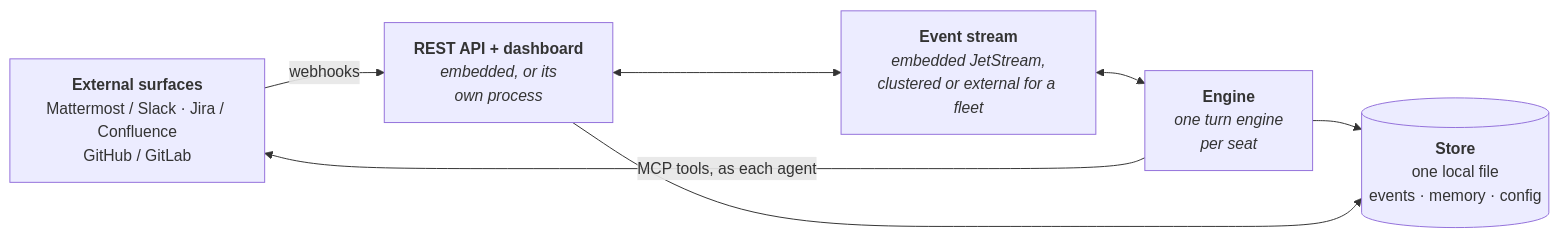
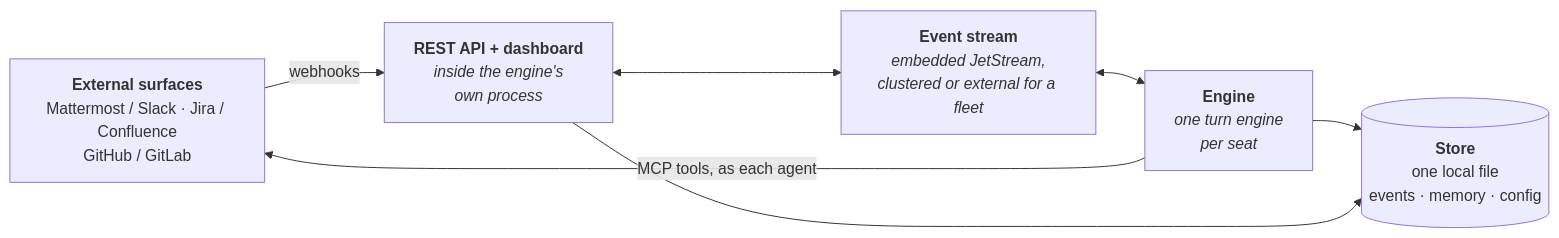
The second of 2 diagrams in README.md (crewlet/crewlet), drawn with Mermaid before and after one commit. The commit also changed 9 other files, not shown here.

````diff
--- a/README.md
+++ b/README.md
@@ -239,15 +239,15 @@
 ```mermaid
 flowchart LR
     EXT["<b>External surfaces</b><br/>Mattermost / Slack · Jira / Confluence<br/>GitHub / GitLab"]
-    API["<b>REST API + dashboard</b><br/><i>embedded, or its<br/>own process</i>"]
+    API["<b>REST API + dashboard</b><br/><i>inside the engine's<br/>own process</i>"]
     Q["<b>Event stream</b><br/><i>embedded JetStream,<br/>clustered or external for a fleet</i>"]
     ENG["<b>Engine</b><br/><i>one turn engine<br/>per seat</i>"]
     DB[("<b>Store</b><br/>one local file<br/>events · memory · config")]
 
     EXT -->|webhooks| API
     API <--> Q
     Q <--> ENG
     ENG -->|"MCP tools, as each agent"| EXT
     ENG --> DB
     API --> DB
 ```
````
